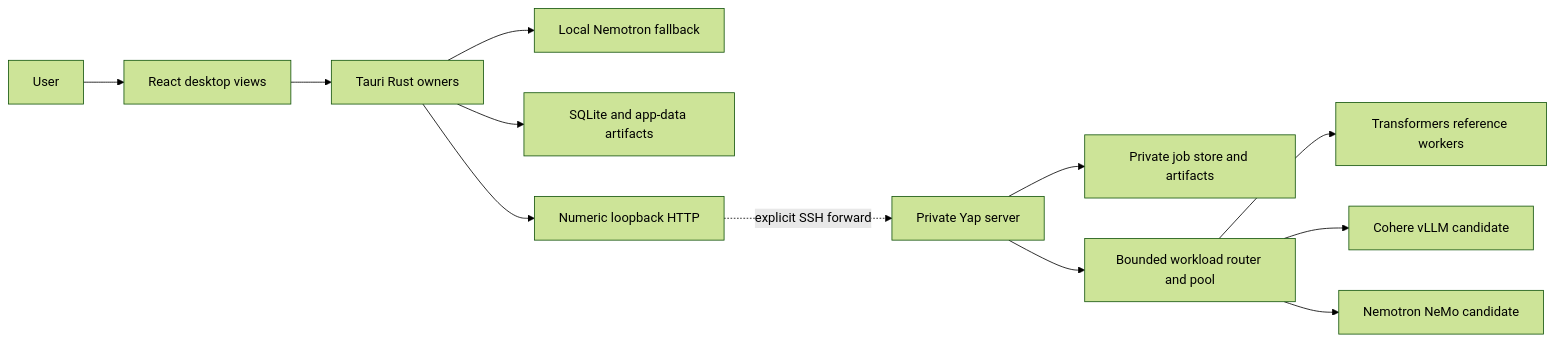
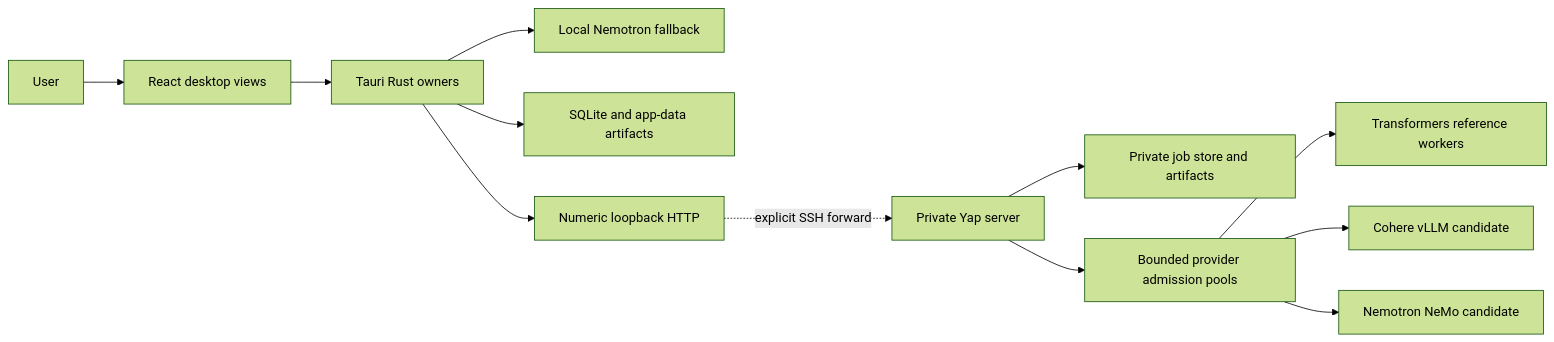
Before and after one commit to ZoOtMcNoOt/yap: the diagram in docs/architecture/CURRENT-ARCHITECTURE.md, drawn with Mermaid (forest theme). The commit also changed other lines of this file and 72 other files, not shown here.

````diff
--- a/docs/architecture/CURRENT-ARCHITECTURE.md
+++ b/docs/architecture/CURRENT-ARCHITECTURE.md
@@ -28,14 +28,14 @@
 ```mermaid
 flowchart LR
   User["User"] --> UI["React desktop views"]
   UI --> Native["Tauri Rust owners"]
   Native --> Local["Local Nemotron fallback"]
   Native --> DB["SQLite and app-data artifacts"]
   Native --> Loopback["Numeric loopback HTTP"]
   Loopback -. "explicit SSH forward" .-> Server["Private Yap server"]
   Server --> Store["Private job store and artifacts"]
-  Server --> Router["Bounded workload router and pool"]
-  Router --> Reference["Transformers reference workers"]
-  Router --> Cohere["Cohere vLLM candidate"]
-  Router --> NeMo["Nemotron NeMo candidate"]
+  Server --> Pool["Bounded provider admission pools"]
+  Pool --> Reference["Transformers reference workers"]
+  Pool --> Cohere["Cohere vLLM candidate"]
+  Pool --> NeMo["Nemotron NeMo candidate"]
 ```
````
